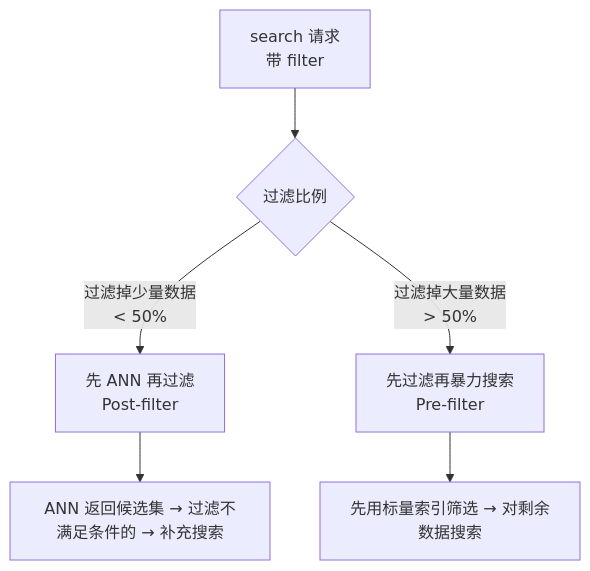
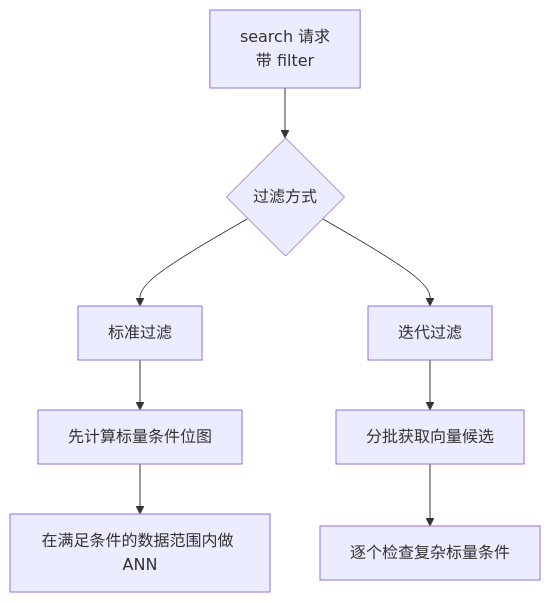
One commit to yuanmomoya/milvus changed the first of 2 diagrams in milvus-master-course/docs/14-标量过滤ScalarFilter.md. Above: the diagram before and after it, drawn with Mermaid. The commit also changed other lines of this file and 341 other files, not shown here.

````diff
--- a/milvus-master-course/docs/14-标量过滤ScalarFilter.md
+++ b/milvus-master-course/docs/14-标量过滤ScalarFilter.md
@@ -19,9 +19,10 @@
 ```mermaid
 flowchart TB
-    A["search 请求\n带 filter"] --> B{"过滤比例"}
-    B -->|"过滤掉少量数据\n< 50%"| C["先 ANN 再过滤\nPost-filter"]
-    B -->|"过滤掉大量数据\n> 50%"| D["先过滤再暴力搜索\nPre-filter"]
-
-    C --> E["ANN 返回候选集 → 过滤不满足条件的 → 补充搜索"]
-    D --> F["先用标量索引筛选 → 对剩余数据搜索"]
+    A["search 请求\n带 filter"] --> B{"过滤方式"}
+    B --> C["标准过滤"]
+    C --> C1["先计算标量条件位图"]
+    C1 --> C2["在满足条件的数据范围内做 ANN"]
+    B --> D["迭代过滤"]
+    D --> D1["分批获取向量候选"]
+    D1 --> D2["逐个检查复杂标量条件"]
 ```
````
